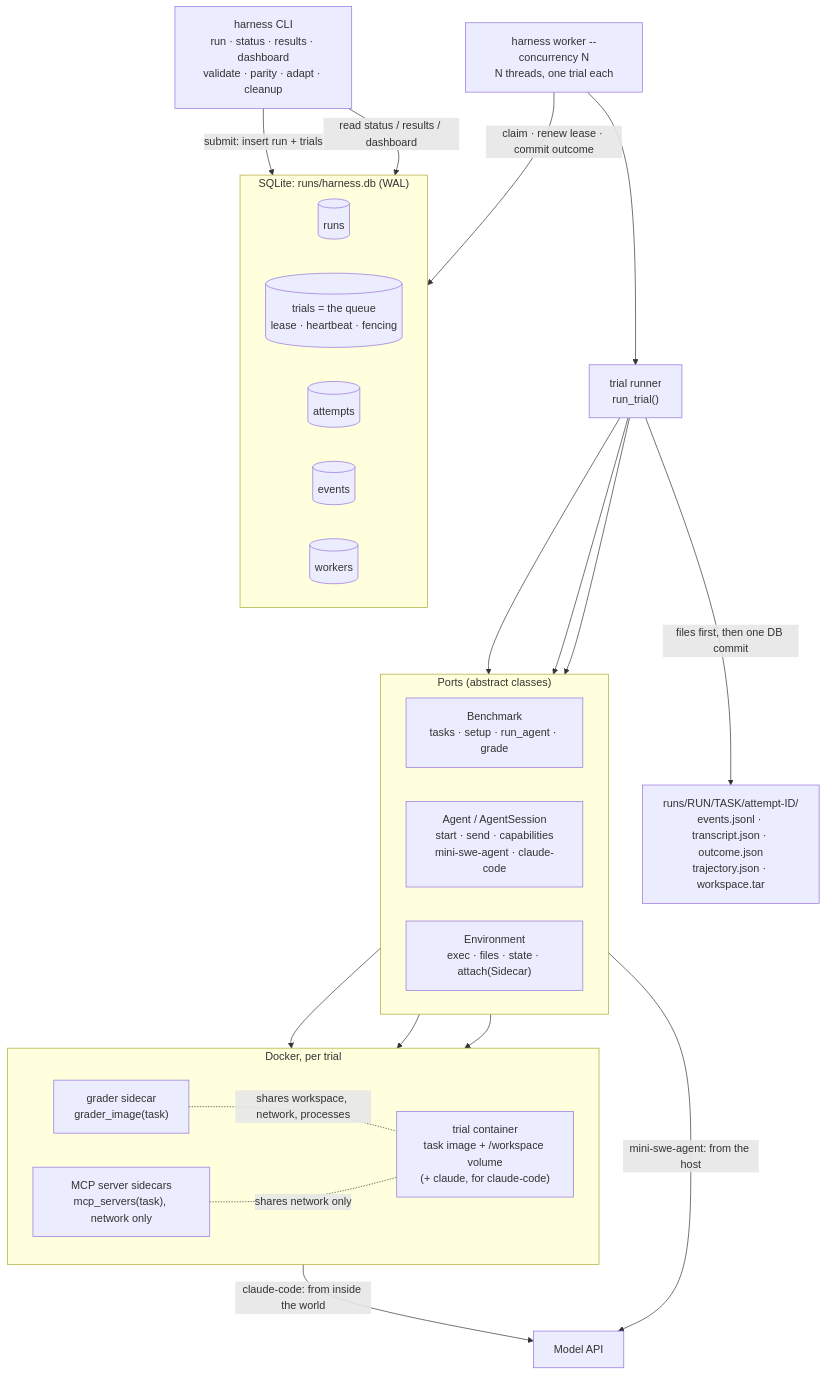
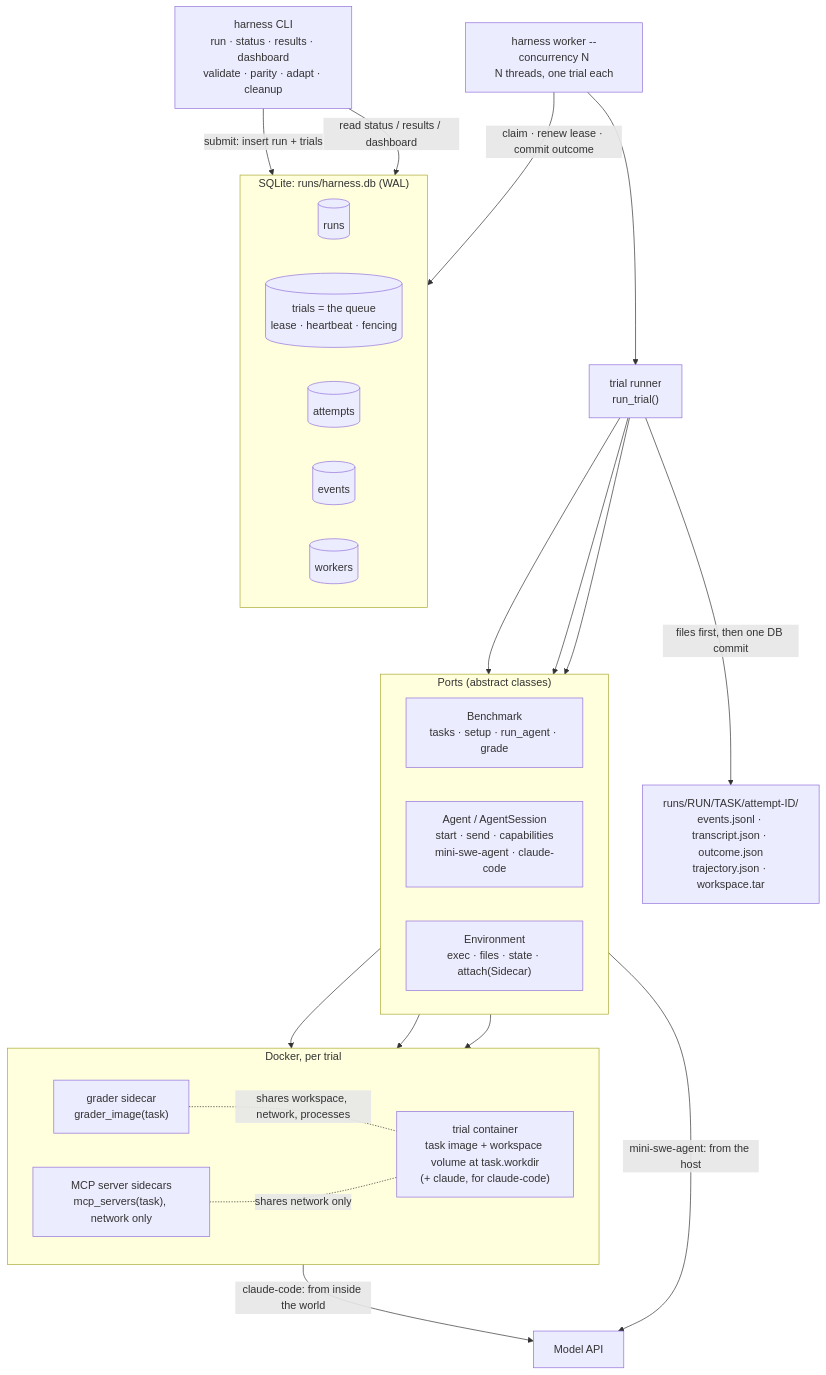
The diagram in README.md (cindehaa/agentic-harness), drawn with Mermaid before and after one commit. The commit also changed other lines of this file and 11 other files, not shown here.

````diff
--- a/README.md
+++ b/README.md
@@ -206,49 +210,49 @@
 ```mermaid
 flowchart TB
   cli["harness CLI<br/>run · status · results · dashboard<br/>validate · parity · adapt · cleanup"]
   worker["harness worker --concurrency N<br/>N threads, one trial each"]
 
   subgraph db["SQLite: runs/harness.db (WAL)"]
     direction LR
     truns[("runs")]
     ttrials[("trials = the queue<br/>lease · heartbeat · fencing")]
     tattempts[("attempts")]
     tevents[("events")]
     tworkers[("workers")]
   end
 
   runner["trial runner<br/>run_trial()"]
 
   subgraph ports["Ports (abstract classes)"]
     direction LR
     bench["Benchmark<br/>tasks · setup · run_agent · grade"]
     agent["Agent / AgentSession<br/>start · send · capabilities<br/>mini-swe-agent · claude-code"]
     env["Environment<br/>exec · files · state · attach(Sidecar)"]
   end
 
   subgraph docker["Docker, per trial"]
     direction LR
-    trial["trial container<br/>task image + /workspace volume<br/>(+ claude, for claude-code)"]
+    trial["trial container<br/>task image + workspace volume at task.workdir<br/>(+ claude, for claude-code)"]
     grader["grader sidecar<br/>grader_image(task)"]
     mcp["MCP server sidecars<br/>mcp_servers(task), network only"]
   end
 
   files["runs/RUN/TASK/attempt-ID/<br/>events.jsonl · transcript.json · outcome.json<br/>trajectory.json · workspace.tar"]
   llm["Model API"]
 
   cli -->|"submit: insert run + trials"| db
   cli -->|"read status / results / dashboard"| db
   worker -->|"claim · renew lease · commit outcome"| db
   worker --> runner
   runner --> bench
   runner --> agent
   runner --> env
   agent -->|"mini-swe-agent: from the host"| llm
   trial -->|"claude-code: from inside the world"| llm
   env --> trial
   env --> grader
   env --> mcp
   grader -.-|"shares workspace, network, processes"| trial
   mcp -.-|"shares network only"| trial
   runner -->|"files first, then one DB commit"| files
 ```
````
